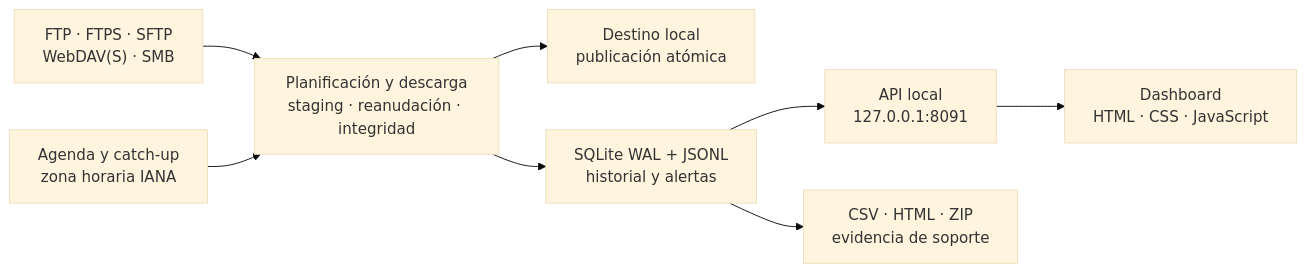
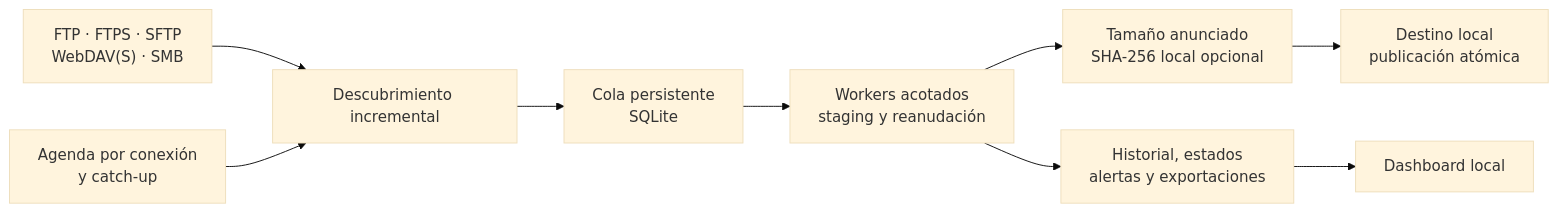
Before and after one commit to castellanosfelipe/Recolecta: the diagram in README.md, drawn with Mermaid (base theme). The commit also changed other lines of this file, not shown here.

````diff
--- a/README.md
+++ b/README.md
@@ -200,10 +122,11 @@
 ```mermaid
 flowchart LR
-    Sources["FTP · FTPS · SFTP<br/>WebDAV(S) · SMB"] --> Engine["Planificación y descarga<br/>staging · reanudación · integridad"]
-    Scheduler["Agenda y catch-up<br/>zona horaria IANA"] --> Engine
-    Engine --> Files["Destino local<br/>publicación atómica"]
-    Engine --> Audit["SQLite WAL + JSONL<br/>historial y alertas"]
-    Audit --> API["API local<br/>127.0.0.1:8091"]
-    API --> UI["Dashboard<br/>HTML · CSS · JavaScript"]
-    Audit --> Exports["CSV · HTML · ZIP<br/>evidencia de soporte"]
+    Sources["FTP · FTPS · SFTP<br/>WebDAV(S) · SMB"] --> Discovery["Descubrimiento incremental"]
+    Scheduler["Agenda por conexión<br/>y catch-up"] --> Discovery
+    Discovery --> Queue["Cola persistente<br/>SQLite"]
+    Queue --> Transfer["Workers acotados<br/>staging y reanudación"]
+    Transfer --> Validate["Tamaño anunciado<br/>SHA-256 local opcional"]
+    Validate --> Files["Destino local<br/>publicación atómica"]
+    Transfer --> Audit["Historial, estados<br/>alertas y exportaciones"]
+    Audit --> UI["Dashboard local"]
 ```
````
